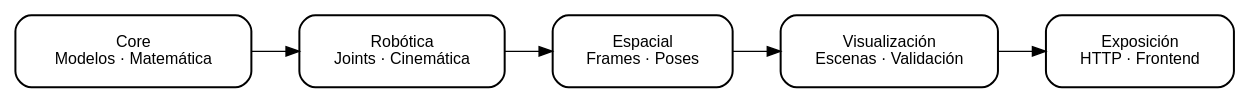
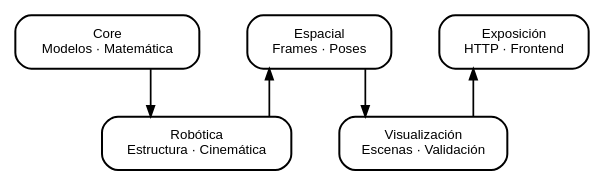
One commit to Void-CA/Thalos changed the diagram in docs/vision.qmd. Above: the diagram before and after it, drawn with Graphviz. The commit also changed 5 other files, not shown here.

Commit message:
refactor(docs): update architecture and flow diagrams for clarity and responsiveness

````diff
--- a/docs/vision.qmd
+++ b/docs/vision.qmd
@@ -68,17 +68,38 @@
 ```{dot}
 //| fig-cap: "Pipeline completo de Thalos — del modelo matemático al frontend"
 //| label: fig-pipeline-vision
 digraph pipeline {
-    rankdir=LR;
+    rankdir=TB;
     splines=ortho;
-    node [shape=box, style=rounded, penwidth=1.5, fontname="sans-serif", fontsize=12, margin="0.35,0.2"];
-
+    nodesep=0.5;
+    ranksep=0.5;
+    
+    node [shape=box, style="rounded,filled", fillcolor="white", 
+          penwidth=1.5, fontname="sans-serif", fontsize=10, 
+          margin="0.25,0.12", width=1.5];
+    edge [penwidth=1.3, arrowsize=0.8];
+    
+    // Columna izquierda (3 nodos)
+    { rank=same; core; spatial; exposicion; }
+    
+    // Columna derecha (2 nodos, con espacio)
+    { rank=same; robot; visual; }
+    
     core     [label="Core\nModelos · Matemática"];
-    robot    [label="Robótica\nJoints · Cinemática"];
+    robot    [label="Robótica\nEstructura · Cinemática"];
     spatial  [label="Espacial\nFrames · Poses"];
     visual   [label="Visualización\nEscenas · Validación"];
     exposicion [label="Exposición\nHTTP · Frontend"];
-
-    core -> robot -> spatial -> visual -> exposicion;
+    
+    // Flujo en zigzag descendente
+    core -> robot;
+    robot -> spatial;
+    spatial -> visual;
+    visual -> exposicion;
+    
+    // Mantener cuadrícula
+    edge [style=invis, weight=20];
+    core -> spatial -> exposicion;
+    robot -> visual;
 }
 ```
````
